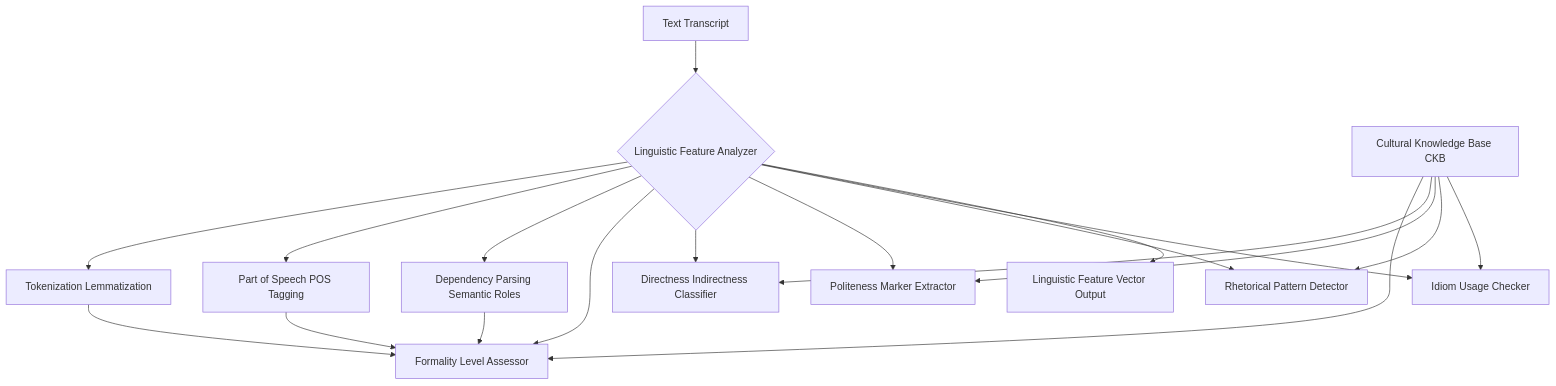
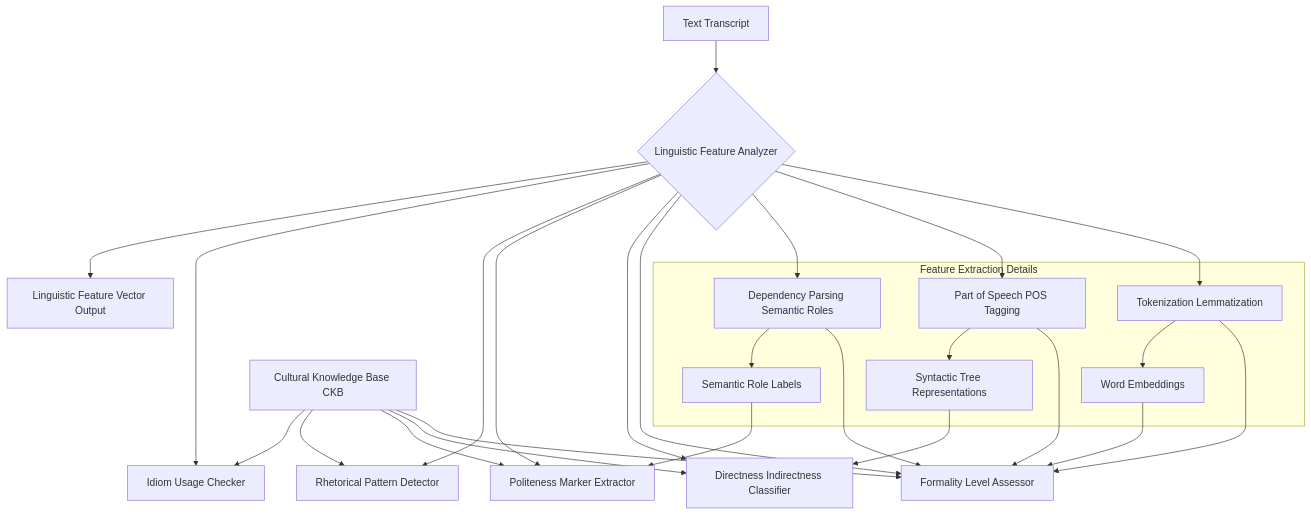
The second of 10 diagrams in inventions/inventions/019_cultural_communication_simulation_coach_ai_detailed_spec.md (diplomat-bit/Citibank_Demo_Business_Inc_Demonstration-), drawn with Mermaid before and after one commit. The commit also changed other lines of this file, not shown here.

````diff
--- a/inventions/inventions/019_cultural_communication_simulation_coach_ai_detailed_spec.md
+++ b/inventions/inventions/019_cultural_communication_simulation_coach_ai_detailed_spec.md
@@ -51,21 +58,29 @@
 ```mermaid
 graph TD
     A[Text Transcript] --> B{Linguistic Feature Analyzer}
     B --> C[Tokenization Lemmatization]
     B --> D[Part of Speech POS Tagging]
     B --> E[Dependency Parsing Semantic Roles]
     B --> F[Formality Level Assessor]
     B --> G[Directness Indirectness Classifier]
     B --> H[Politeness Marker Extractor]
     B --> I[Rhetorical Pattern Detector]
     B --> J[Idiom Usage Checker]
     K[Cultural Knowledge Base CKB] --> F
     K --> G
     K --> H
     K --> I
     K --> J
     C --> F
     D --> F
     E --> F
     B --> L[Linguistic Feature Vector Output]
+    subgraph Feature Extraction Details
+        C --> C1[Word Embeddings]
+        D --> D1[Syntactic Tree Representations]
+        E --> E1[Semantic Role Labels]
+    end
+    C1 --> F
+    D1 --> G
+    E1 --> H
 ```
````
